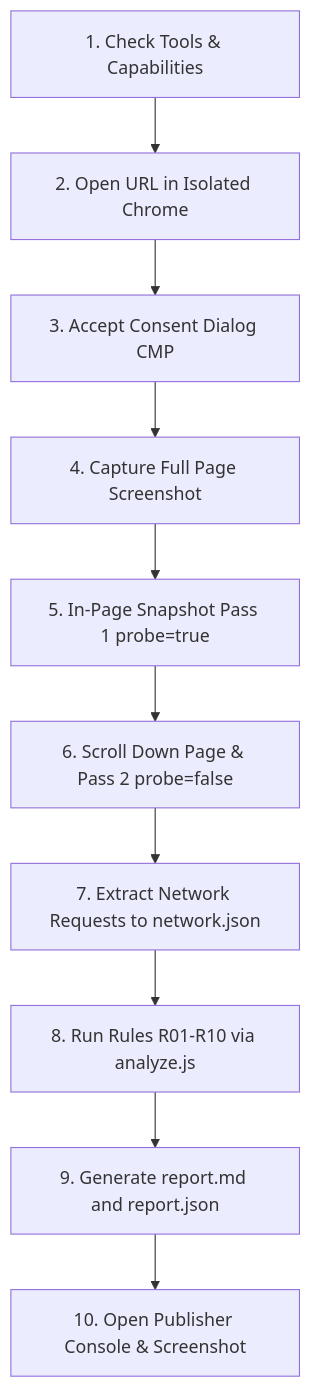
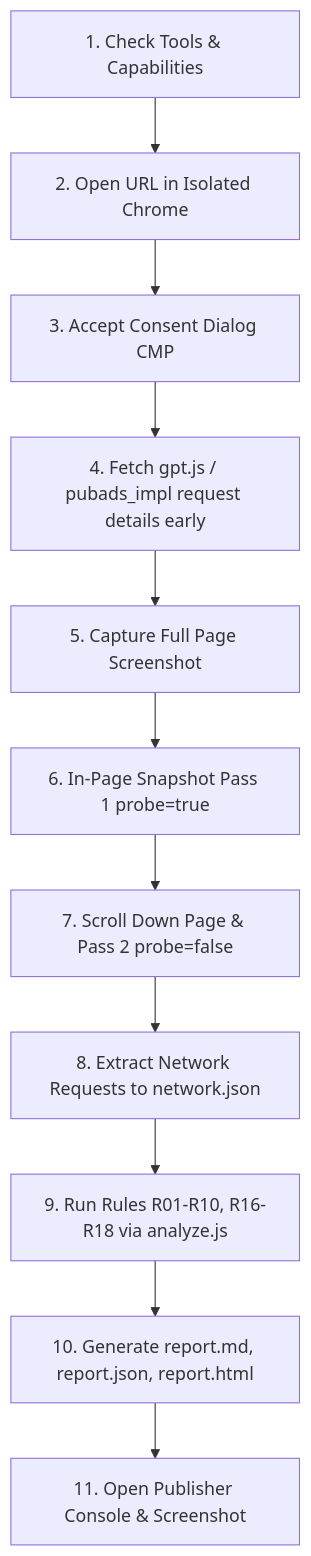
Before and after one commit to adtechnology/gpt-audit: the diagram in docs/USAGE.md, drawn with Mermaid. The commit also changed other lines of this file and 21 other files, not shown here.

First line of the commit message:
collector, rules, skill: iframe-aware GPT audit (0.2.0)

````diff
--- a/docs/USAGE.md
+++ b/docs/USAGE.md
@@ -63,12 +63,13 @@
 ```mermaid
 flowchart TD
     A[1. Check Tools & Capabilities] --> B[2. Open URL in Isolated Chrome]
     B --> C[3. Accept Consent Dialog CMP]
-    C --> D[4. Capture Full Page Screenshot]
-    D --> E[5. In-Page Snapshot Pass 1 probe=true]
-    E --> F[6. Scroll Down Page & Pass 2 probe=false]
-    F --> G[7. Extract Network Requests to network.json]
-    G --> H[8. Run Rules R01-R10 via analyze.js]
-    H --> I[9. Generate report.md and report.json]
-    I --> J[10. Open Publisher Console & Screenshot]
+    C --> C2[4. Fetch gpt.js / pubads_impl request details early]
+    C2 --> D[5. Capture Full Page Screenshot]
+    D --> E[6. In-Page Snapshot Pass 1 probe=true]
+    E --> F[7. Scroll Down Page & Pass 2 probe=false]
+    F --> G[8. Extract Network Requests to network.json]
+    G --> H[9. Run Rules R01-R10, R16-R18 via analyze.js]
+    H --> I[10. Generate report.md, report.json, report.html]
+    I --> J[11. Open Publisher Console & Screenshot]
 ```
````
